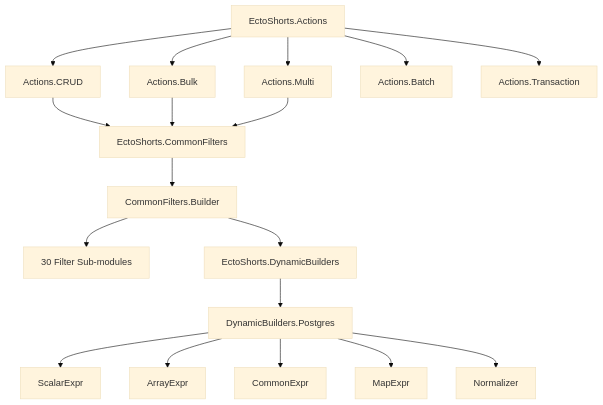
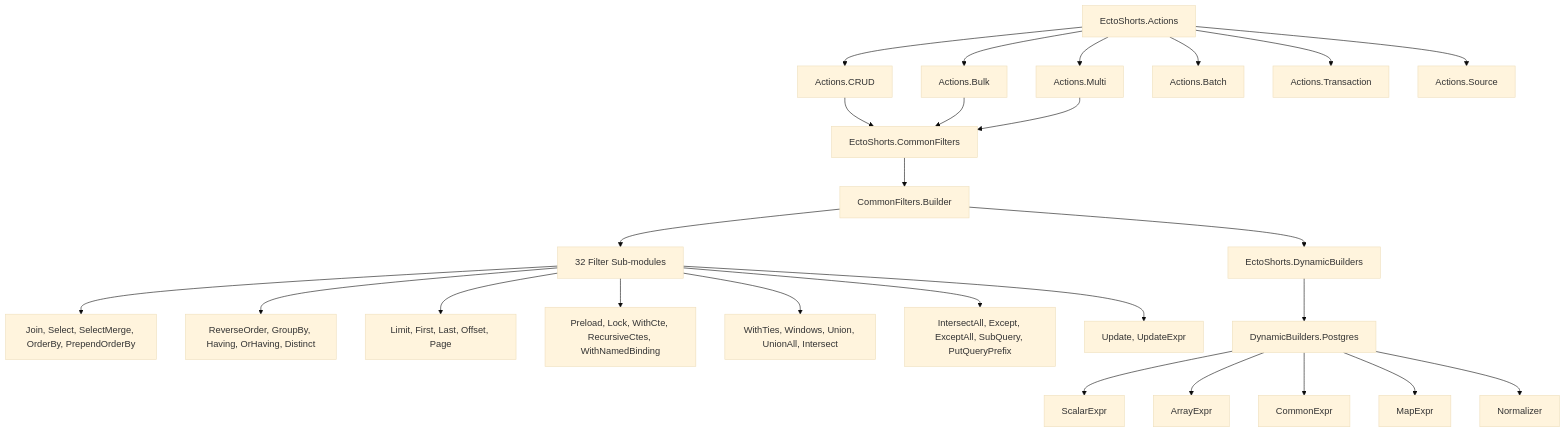
One commit to MikaAK/ecto_shorts changed the first of 4 diagrams in docs/system-architecture.md. Above: the diagram before and after it, drawn with Mermaid (base theme). The commit also changed other lines of this file and 153 other files, not shown here.

````diff
--- a/docs/system-architecture.md
+++ b/docs/system-architecture.md
@@ -5,20 +5,28 @@
 ```mermaid
 graph TD
   A[EctoShorts.Actions] --> B[Actions.CRUD]
   A --> C[Actions.Bulk]
   A --> D[Actions.Multi]
   A --> E[Actions.Batch]
   A --> F[Actions.Transaction]
+  A --> G2[Actions.Source]
   B --> G[EctoShorts.CommonFilters]
   C --> G
   D --> G
   G --> H[CommonFilters.Builder]
-  H --> I[30 Filter Sub-modules]
+  H --> I[32 Filter Sub-modules]
+  I --> I1[Join, Select, SelectMerge, OrderBy, PrependOrderBy]
+  I --> I2[ReverseOrder, GroupBy, Having, OrHaving, Distinct]
+  I --> I3[Limit, First, Last, Offset, Page]
+  I --> I4[Preload, Lock, WithCte, RecursiveCtes, WithNamedBinding]
+  I --> I5[WithTies, Windows, Union, UnionAll, Intersect]
+  I --> I6[IntersectAll, Except, ExceptAll, SubQuery, PutQueryPrefix]
+  I --> I7[Update, UpdateExpr]
   H --> J[EctoShorts.DynamicBuilders]
   J --> K[DynamicBuilders.Postgres]
   K --> L[ScalarExpr]
   K --> M[ArrayExpr]
   K --> N[CommonExpr]
   K --> O[MapExpr]
   K --> P[Normalizer]
 ```
````
